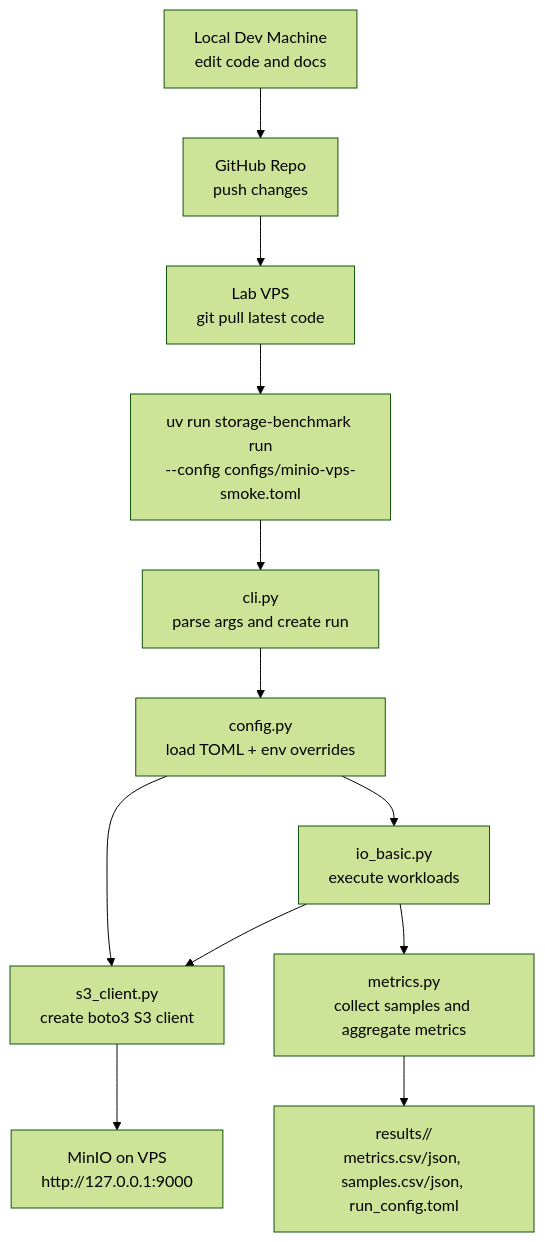
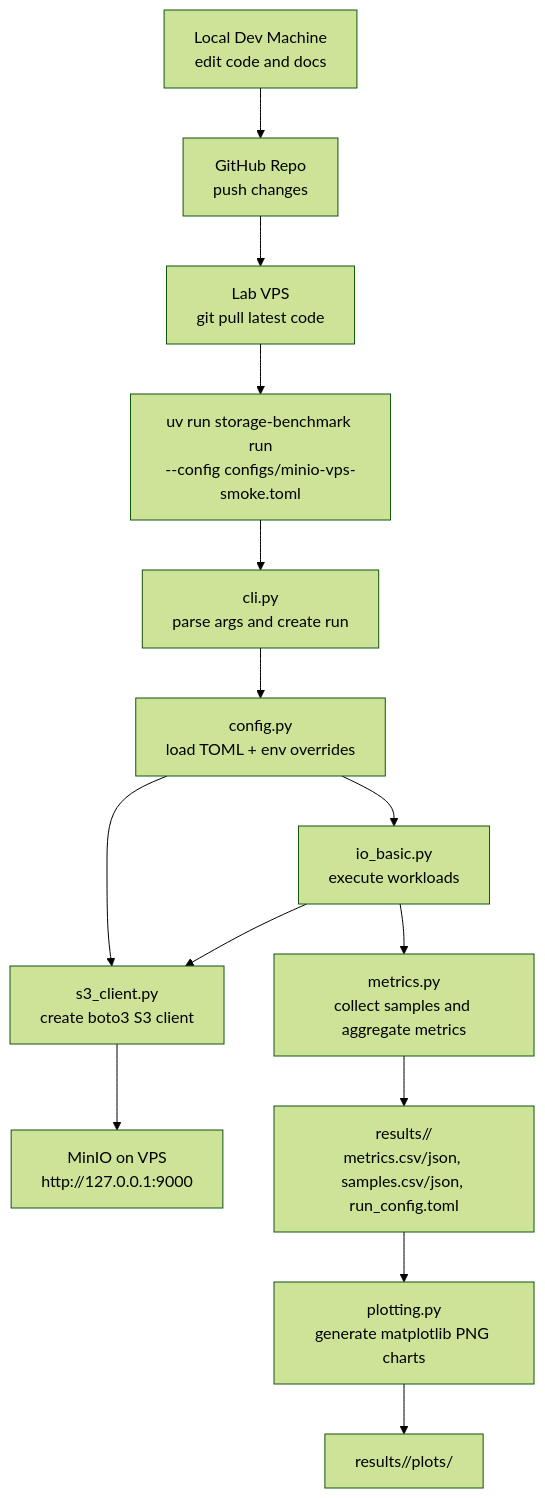
The first of 3 diagrams in README-UPDATE.md (vsszhang/decentrolized-storage-system-benchmark), drawn with Mermaid (forest theme) before and after one commit. The commit also changed other lines of this file and 1 other file, not shown here.

````diff
--- a/README-UPDATE.md
+++ b/README-UPDATE.md
@@ -45,14 +45,16 @@
 ```mermaid
 flowchart TD
     A["Local Dev Machine<br/>edit code and docs"] --> B["GitHub Repo<br/>push changes"]
     B --> C["Lab VPS<br/>git pull latest code"]
     C --> D["uv run storage-benchmark run<br/>--config configs/minio-vps-smoke.toml"]
     D --> E["cli.py<br/>parse args and create run"]
     E --> F["config.py<br/>load TOML + env overrides"]
     F --> G["s3_client.py<br/>create boto3 S3 client"]
     G --> H["MinIO on VPS<br/>http://127.0.0.1:9000"]
     F --> I["io_basic.py<br/>execute workloads"]
     I --> G
     I --> J["metrics.py<br/>collect samples and aggregate metrics"]
     J --> K["results/<timestamp>/<br/>metrics.csv/json, samples.csv/json, run_config.toml"]
+    K --> L["plotting.py<br/>generate matplotlib PNG charts"]
+    L --> M["results/<timestamp>/plots/"]
 ```
````
